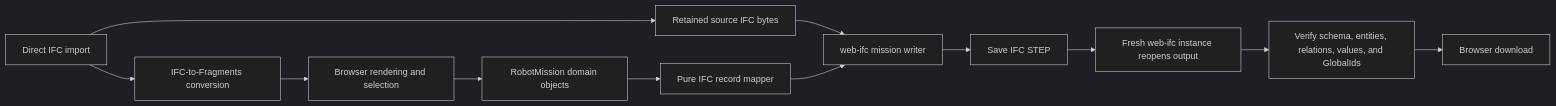
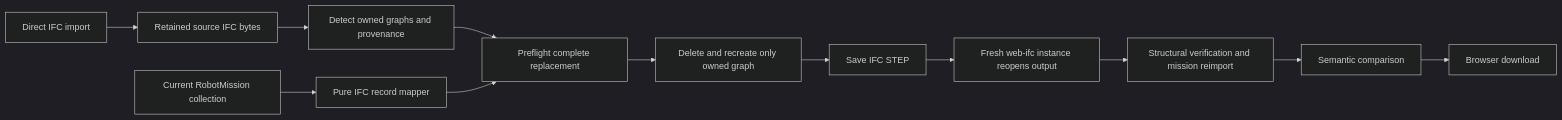
One commit to Tobilan/poc_thatopen changed the third of 4 diagrams in README.md. Above: the diagram before and after it, drawn with Mermaid (dark theme). The commit also changed other lines of this file and 22 other files, not shown here.

````diff
--- a/README.md
+++ b/README.md
@@ -343,14 +343,14 @@
 ```mermaid
 flowchart LR
   A[Direct IFC import] --> B[Retained source IFC bytes]
-  A --> C[IFC-to-Fragments conversion]
-  C --> D[Browser rendering and selection]
-  D --> E[RobotMission domain objects]
-  E --> F[Pure IFC record mapper]
-  B --> G[web-ifc mission writer]
-  F --> G
+  B --> C[Detect owned graphs and provenance]
+  D[Current RobotMission collection] --> E[Pure IFC record mapper]
+  C --> F[Preflight complete replacement]
+  E --> F
+  F --> G[Delete and recreate only owned graph]
   G --> H[Save IFC STEP]
   H --> I[Fresh web-ifc instance reopens output]
-  I --> J[Verify schema, entities, relations, values, and GlobalIds]
-  J --> K[Browser download]
+  I --> J[Structural verification and mission reimport]
+  J --> K[Semantic comparison]
+  K --> L[Browser download]
 ```
````
